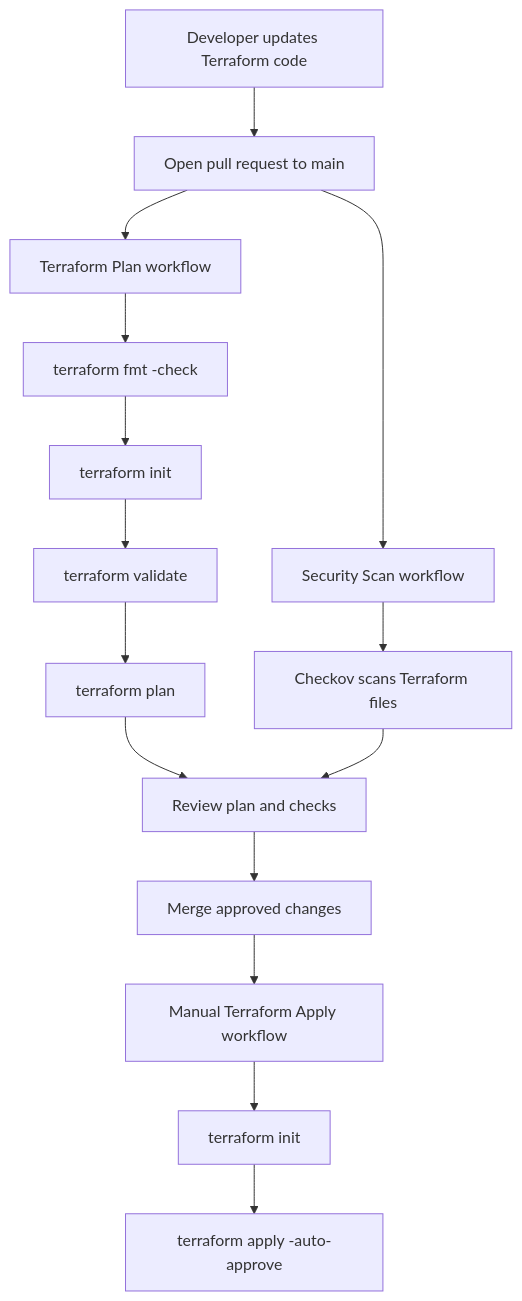
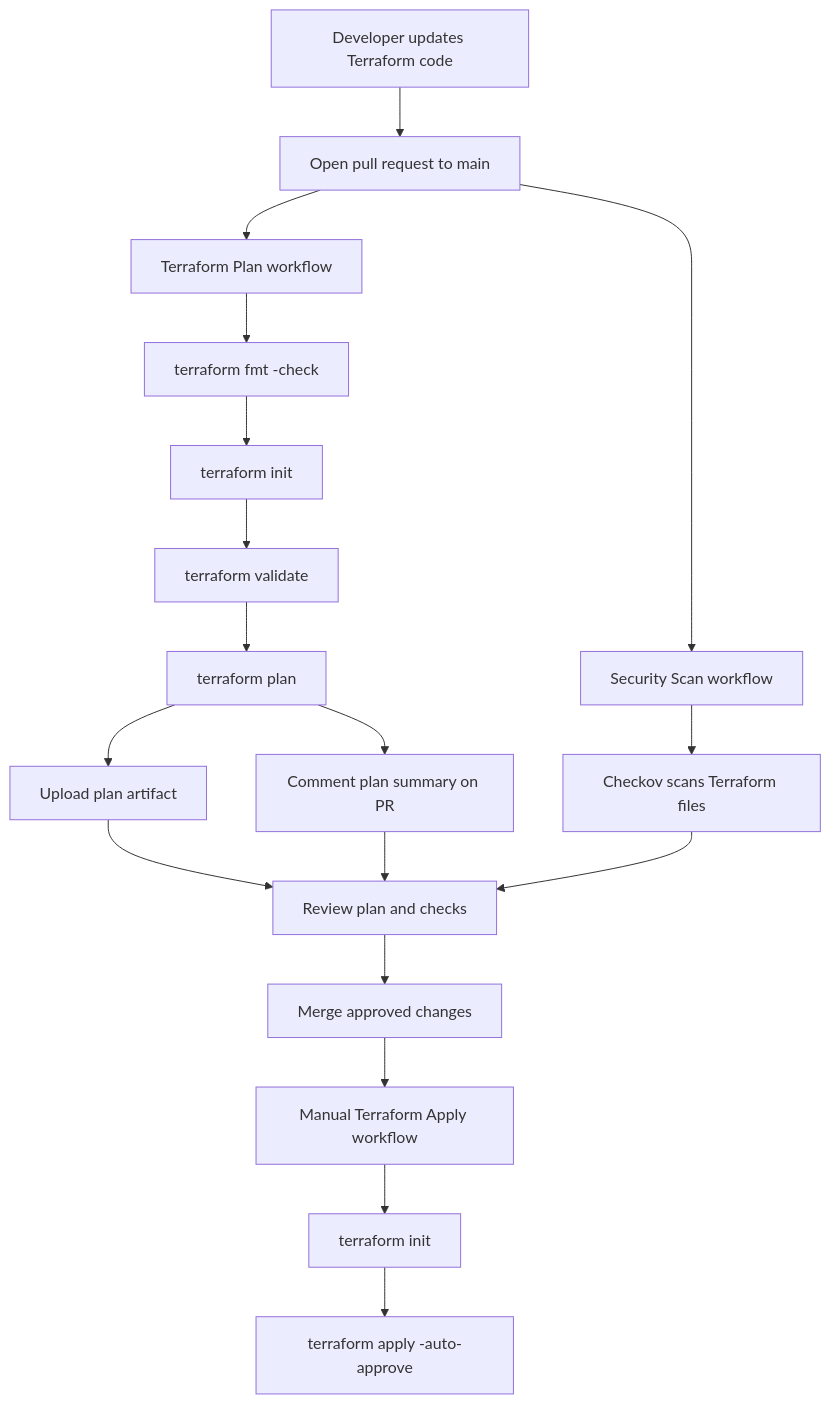
Before and after one commit to hatimabu/terraform-ci-cd-template: the diagram in README.md, drawn with Mermaid. The commit also changed other lines of this file and 2 other files, not shown here.

Commit message:
ci: improve terraform plan workflow

````diff
--- a/README.md
+++ b/README.md
@@ -53,19 +53,22 @@
 ```mermaid
 flowchart TD
     A["Developer updates Terraform code"] --> B["Open pull request to main"]
     B --> C["Terraform Plan workflow"]
     C --> C1["terraform fmt -check"]
     C1 --> C2["terraform init"]
     C2 --> C3["terraform validate"]
     C3 --> C4["terraform plan"]
+    C4 --> C5["Upload plan artifact"]
+    C4 --> C6["Comment plan summary on PR"]
 
     B --> D["Security Scan workflow"]
     D --> D1["Checkov scans Terraform files"]
 
-    C4 --> E["Review plan and checks"]
+    C5 --> E["Review plan and checks"]
+    C6 --> E
     D1 --> E
     E --> F["Merge approved changes"]
     F --> G["Manual Terraform Apply workflow"]
     G --> G1["terraform init"]
     G1 --> G2["terraform apply -auto-approve"]
 ```
````
